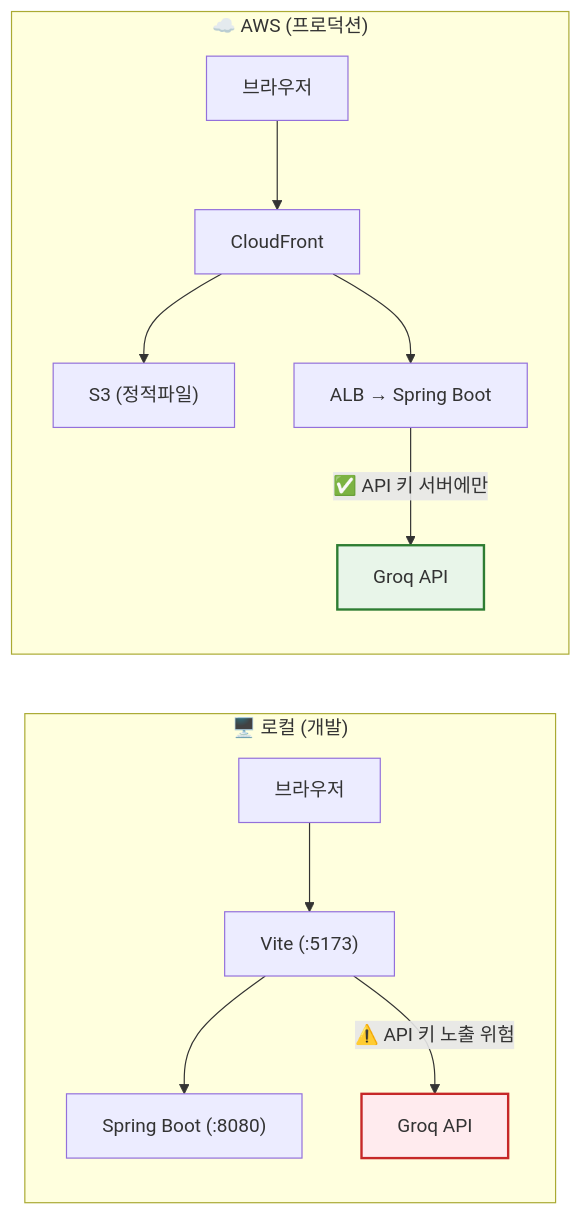
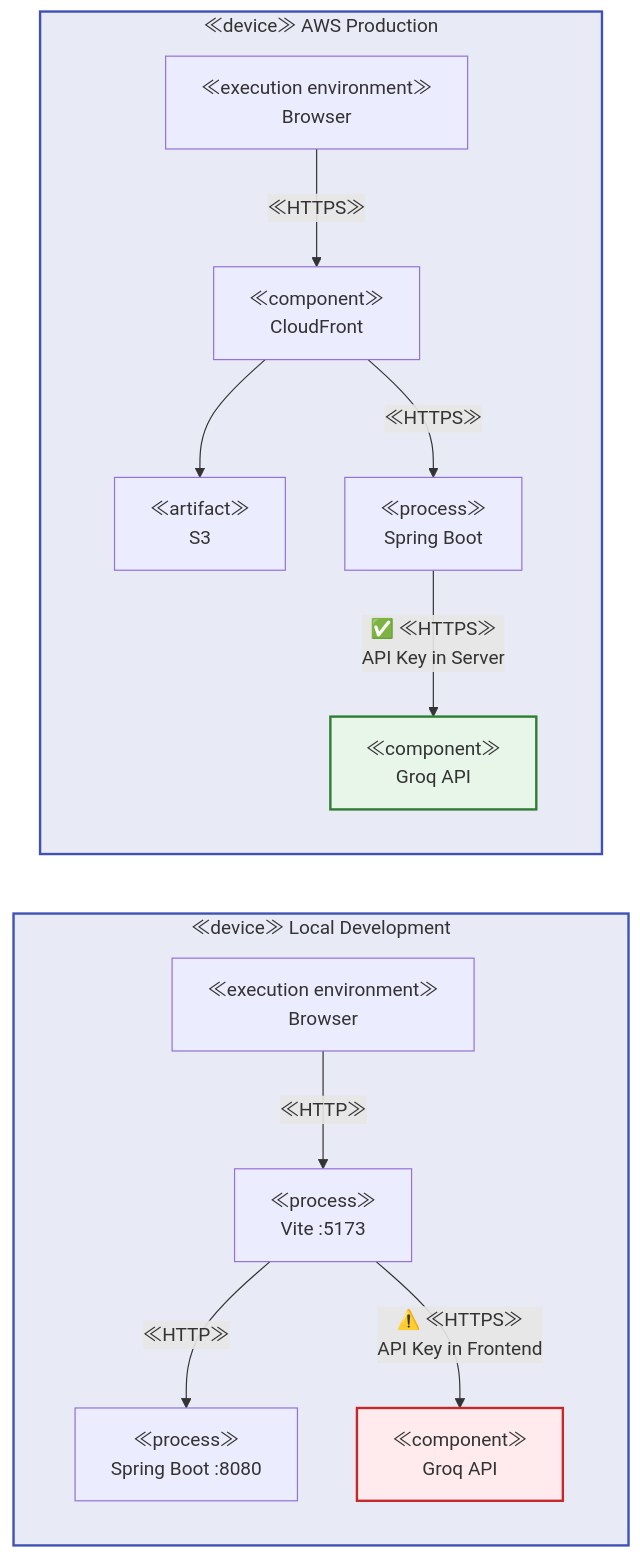
One commit to Ddogan-zip/ddoganzip-frontend changed the sixth of 6 diagrams in docs/component-diagram.md. Above: the diagram before and after it, drawn with Mermaid. The commit also changed other lines of this file, not shown here.

First line of the commit message:
Refactor deployment diagrams to UML 2.0 StarUML style

````diff
--- a/docs/component-diagram.md
+++ b/docs/component-diagram.md
@@ -473,21 +497,36 @@
 ```mermaid
 flowchart LR
-    subgraph Local["🖥️ 로컬 (개발)"]
-        L1["브라우저"] --> L2["Vite (:5173)"]
-        L2 --> L3["Spring Boot (:8080)"]
-        L2 -->|"⚠️ API 키 노출 위험"| L4["Groq API"]
+    subgraph Local["≪device≫ Local Development"]
+        direction TB
+        L_Browser["≪execution environment≫<br/>Browser"]
+        L_Vite["≪process≫<br/>Vite :5173"]
+        L_Spring["≪process≫<br/>Spring Boot :8080"]
+        L_Groq["≪component≫<br/>Groq API"]
+
+        L_Browser -->|"≪HTTP≫"| L_Vite
+        L_Vite -->|"≪HTTP≫"| L_Spring
+        L_Vite -->|"⚠️ ≪HTTPS≫<br/>API Key in Frontend"| L_Groq
     end
 
-    subgraph Prod["☁️ AWS (프로덕션)"]
-        P1["브라우저"] --> P2["CloudFront"]
-        P2 --> P3["S3 (정적파일)"]
-        P2 --> P4["ALB → Spring Boot"]
-        P4 -->|"✅ API 키 서버에만"| P5["Groq API"]
+    subgraph Production["≪device≫ AWS Production"]
+        direction TB
+        P_Browser["≪execution environment≫<br/>Browser"]
+        P_CDN["≪component≫<br/>CloudFront"]
+        P_S3["≪artifact≫<br/>S3"]
+        P_Spring["≪process≫<br/>Spring Boot"]
+        P_Groq["≪component≫<br/>Groq API"]
+
+        P_Browser -->|"≪HTTPS≫"| P_CDN
+        P_CDN --> P_S3
+        P_CDN -->|"≪HTTPS≫"| P_Spring
+        P_Spring -->|"✅ ≪HTTPS≫<br/>API Key in Server"| P_Groq
     end
 
     classDef warning fill:#ffebee,stroke:#c62828,stroke-width:2px
     classDef safe fill:#e8f5e9,stroke:#2e7d32,stroke-width:2px
+    classDef device fill:#e8eaf6,stroke:#3f51b5,stroke-width:2px
 
-    class L4 warning
-    class P5 safe
+    class L_Groq warning
+    class P_Groq safe
+    class Local,Production device
 ```
````
